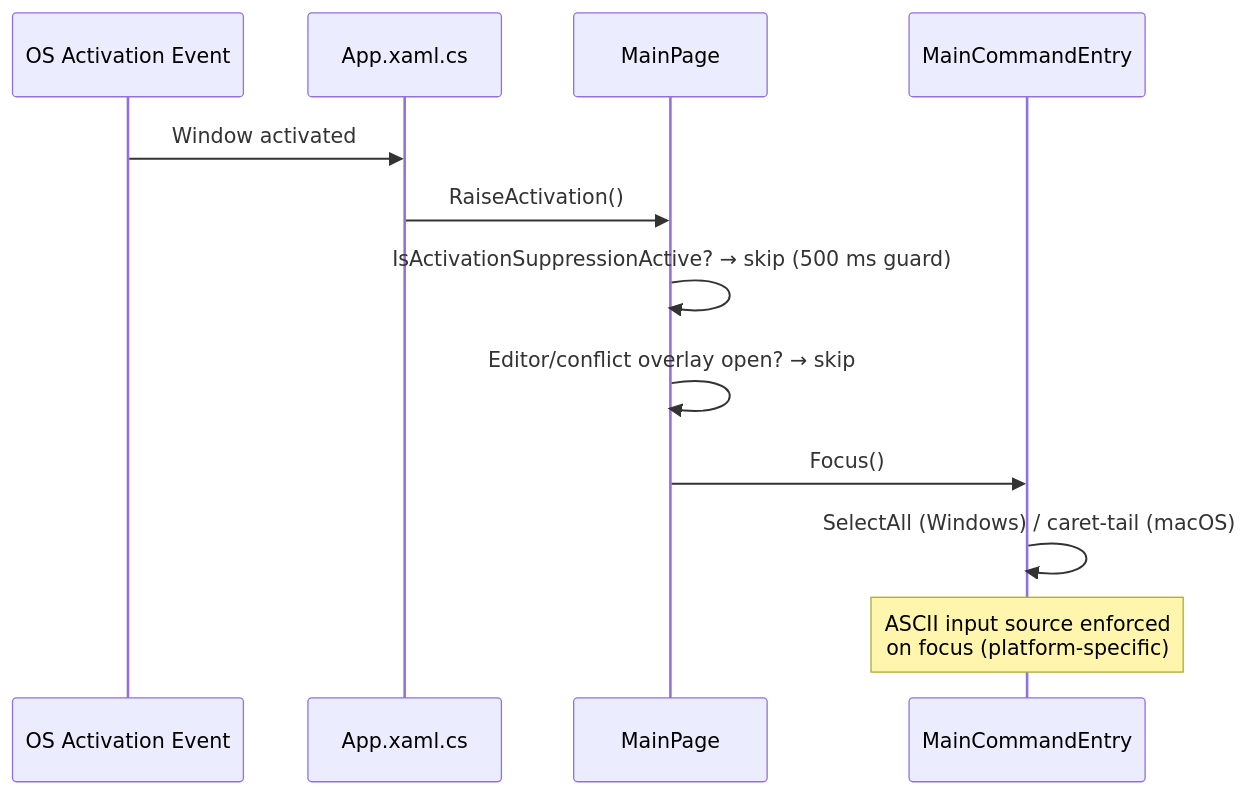
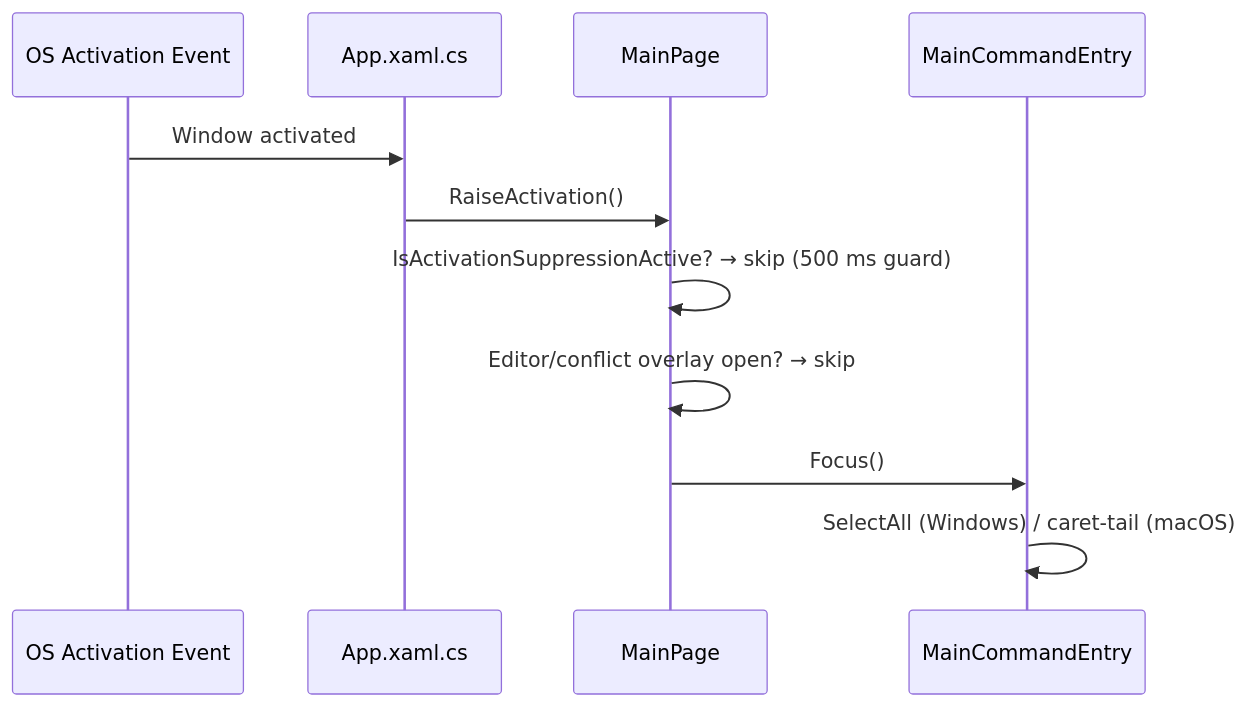
The second of 6 diagrams in docs/DEVELOPER_GUIDE.md (Widthdom/Praxis), drawn with Mermaid before and after one commit. The commit also changed other lines of this file and 11 other files, not shown here.

Commit message:
Stop forcing ASCII input mode for main command entry

````diff
--- a/docs/DEVELOPER_GUIDE.md
+++ b/docs/DEVELOPER_GUIDE.md
@@ -139,15 +139,14 @@
 ```mermaid
 sequenceDiagram
     participant OS as OS Activation Event
     participant App as App.xaml.cs
     participant MP as MainPage
     participant CE as MainCommandEntry
 
     OS->>App: Window activated
     App->>MP: RaiseActivation()
     MP->>MP: IsActivationSuppressionActive? → skip (500 ms guard)
     MP->>MP: Editor/conflict overlay open? → skip
     MP->>CE: Focus()
     CE->>CE: SelectAll (Windows) / caret-tail (macOS)
-    Note over CE: ASCII input source enforced<br/>on focus (platform-specific)
 ```
````
